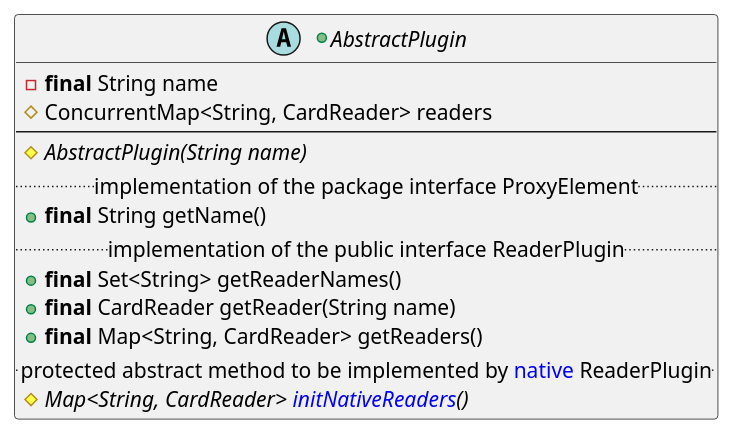
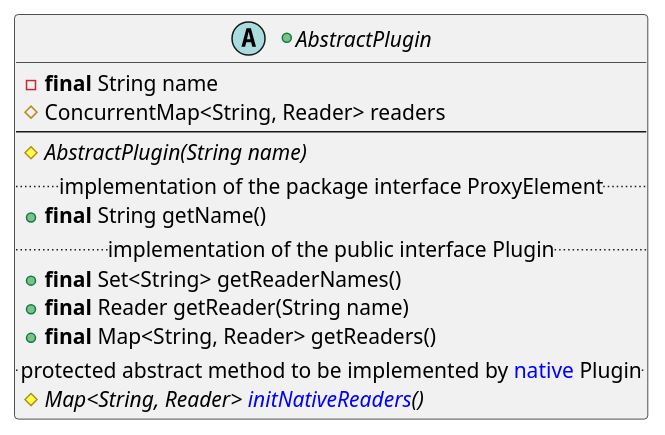
The sixth of 11 diagrams in src/KeypleCoreApi/puml/KeypleCore_Plugin_ClassDiag_ClassElements.iuml (calypsonet/keyple), drawn with PlantUML before and after one commit. The commit also changed other lines of this file and 34 other files, not shown here.

```diff
--- a/src/KeypleCoreApi/puml/KeypleCore_Plugin_ClassDiag_ClassElements.iuml
+++ b/src/KeypleCoreApi/puml/KeypleCore_Plugin_ClassDiag_ClassElements.iuml
@@ -52,19 +52,19 @@
 @startuml(id=PLUGIN_PLUGIN_1_0_0)
 +abstract AbstractPlugin {
   -<b>final</b> String name
-  #ConcurrentMap<String, CardReader> readers
+  #ConcurrentMap<String, Reader> readers
   --
   #{abstract} AbstractPlugin(String name)
 '
   .. implementation of the package interface ProxyElement ..
   +<b>final</b> String getName()
 '
-  .. implementation of the public interface ReaderPlugin ..
+  .. implementation of the public interface Plugin ..
   +<b>final</b> Set<String> getReaderNames()
-  +<b>final</b> CardReader getReader(String name)
-  +<b>final</b> Map<String, CardReader> getReaders()
+  +<b>final</b> Reader getReader(String name)
+  +<b>final</b> Map<String, Reader> getReaders()
 '
-  .. protected abstract method to be implemented by <color:blue>native</color> ReaderPlugin ..
-  #{abstract} Map<String, CardReader> <color:blue>initNativeReaders</color>()
+  .. protected abstract method to be implemented by <color:blue>native</color> Plugin ..
+  #{abstract} Map<String, Reader> <color:blue>initNativeReaders</color>()
 }
 @enduml
```
